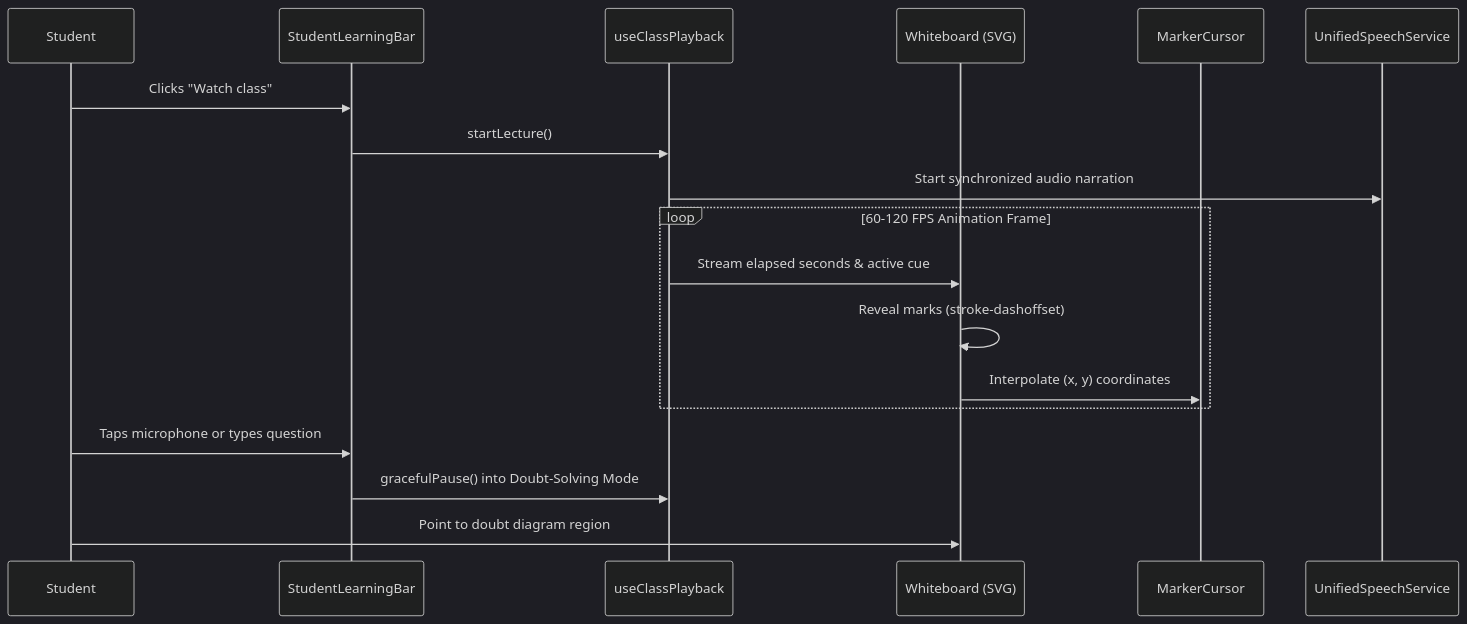
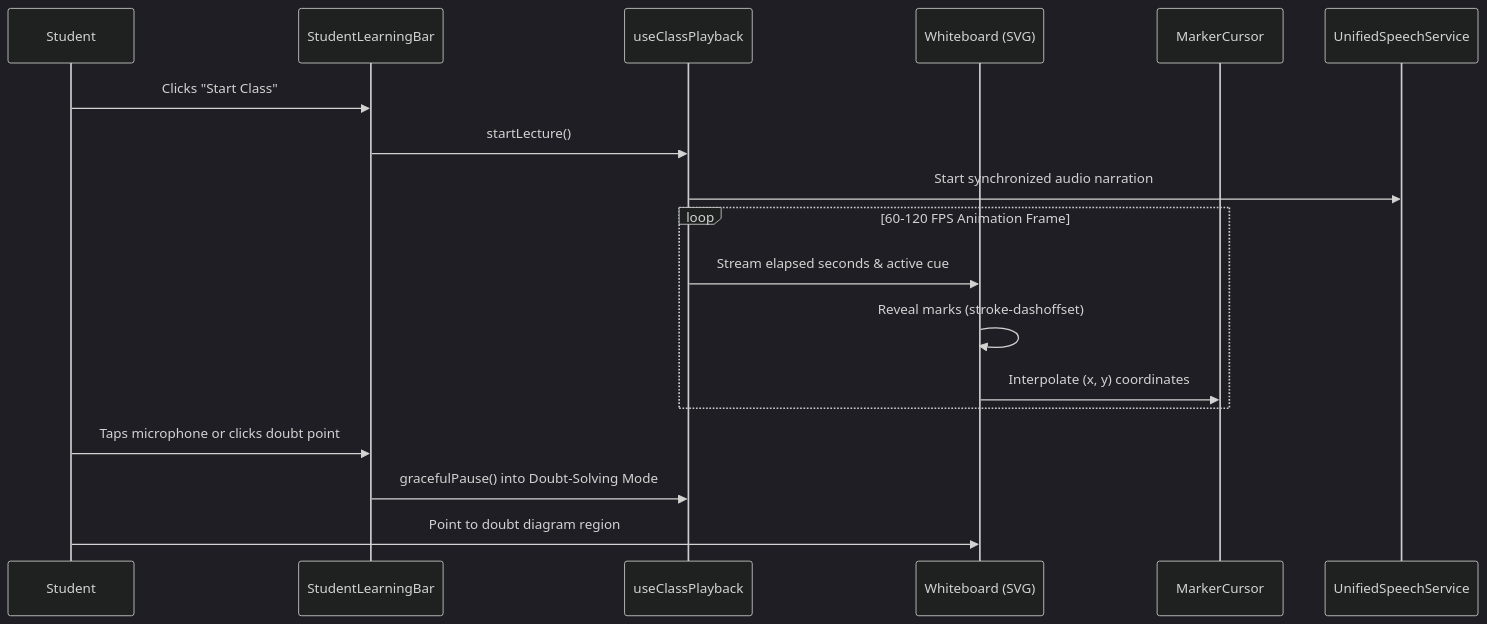
The second of 3 diagrams in docs/CLASS_AND_TUTOR_ARCHITECTURE.md (pranjal2410719/whiteboard-ai-agent), drawn with Mermaid (dark theme) before and after one commit. The commit also changed other lines of this file and 10 other files, not shown here.

Commit message:
docs: synchronize all architecture docs, roadmaps, and references with current unified codebase

````diff
--- a/docs/CLASS_AND_TUTOR_ARCHITECTURE.md
+++ b/docs/CLASS_AND_TUTOR_ARCHITECTURE.md
@@ -66,21 +66,21 @@
 ```mermaid
 sequenceDiagram
     participant User as Student
     participant Bar as StudentLearningBar
     participant Playback as useClassPlayback
     participant Board as Whiteboard (SVG)
     participant Marker as MarkerCursor
     participant Speech as UnifiedSpeechService
 
-    User->>Bar: Clicks "Watch class"
+    User->>Bar: Clicks "Start Class"
     Bar->>Playback: startLecture()
     Playback->>Speech: Start synchronized audio narration
     loop 60-120 FPS Animation Frame
         Playback->>Board: Stream elapsed seconds & active cue
         Board->>Board: Reveal marks (stroke-dashoffset)
         Board->>Marker: Interpolate (x, y) coordinates
     end
-    User->>Bar: Taps microphone or types question
+    User->>Bar: Taps microphone or clicks doubt point
     Bar->>Playback: gracefulPause() into Doubt-Solving Mode
     User->>Board: Point to doubt diagram region
 ```
````
